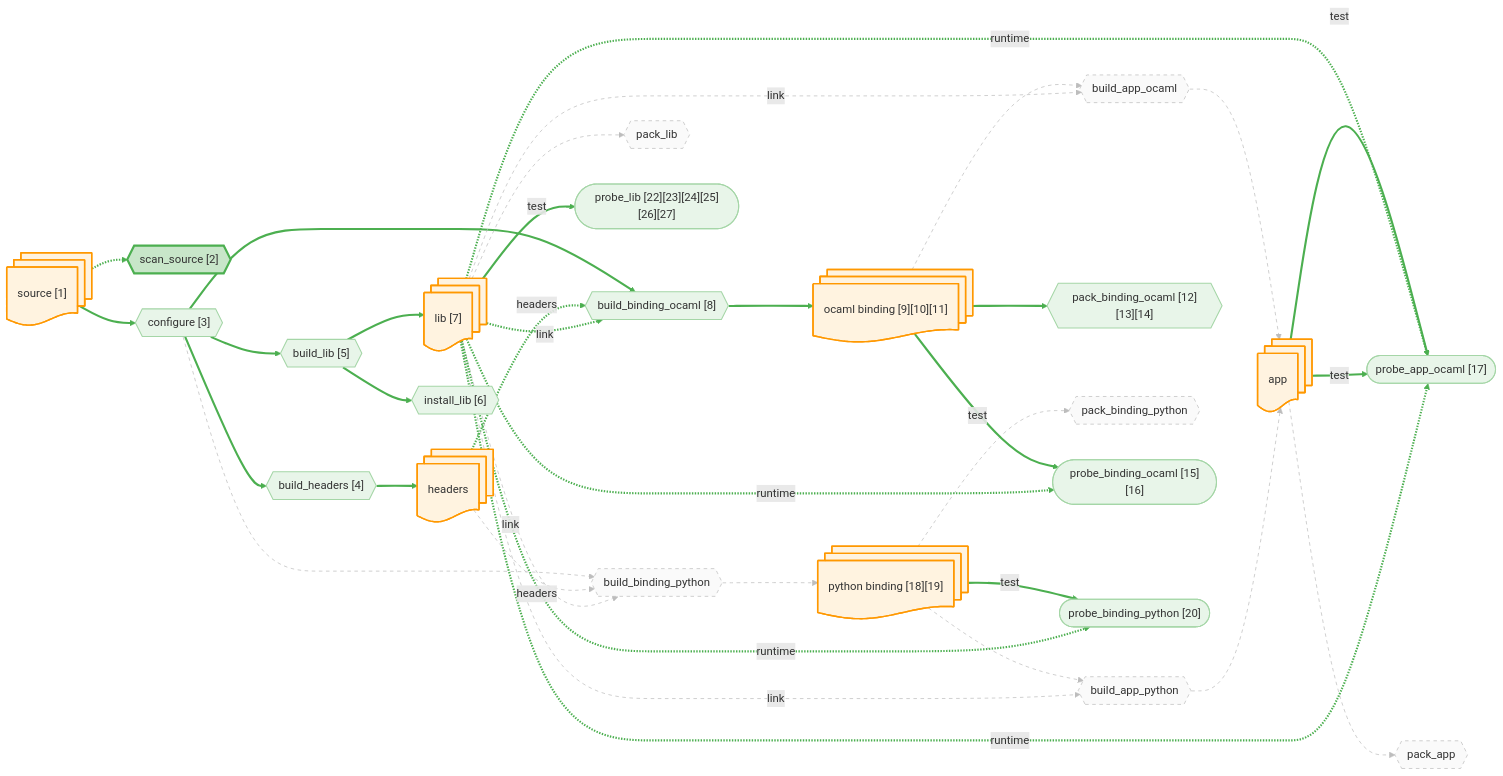
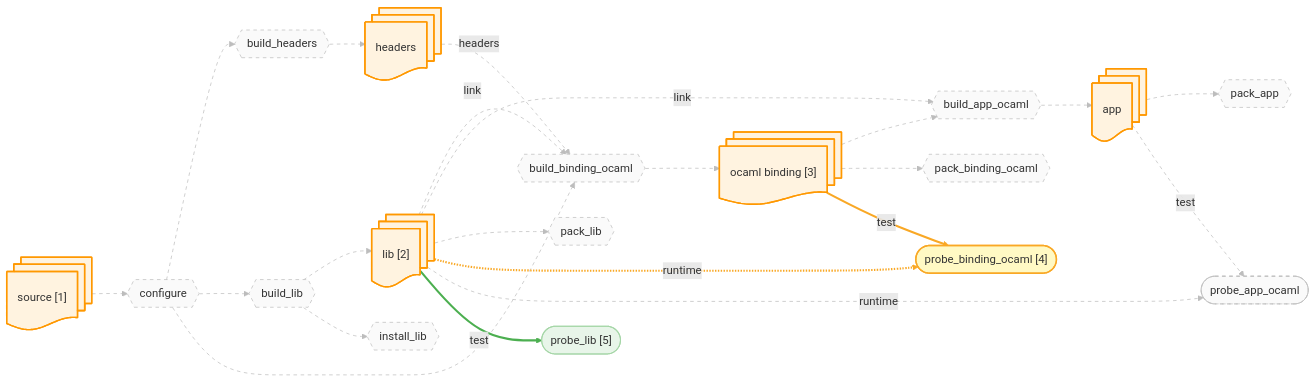
One commit to JHU-PL-Lab/tola changed the diagram in docs/canary/projects/llvm/-run/diagrams/source.mmd. Above: the diagram before and after it, drawn with Mermaid. The commit also changed 941 other files, not shown here.

```diff
--- a/docs/canary/projects/llvm/-run/diagrams/source.mmd
+++ b/docs/canary/projects/llvm/-run/diagrams/source.mmd
@@ -1,124 +1,85 @@
 %% view: source
 graph LR
     source_node@{ shape: docs, label: "source [1]" }
     headers_node@{ shape: docs, label: "headers" }
-    lib_node@{ shape: docs, label: "lib [7]" }
+    lib_node@{ shape: docs, label: "lib [2]" }
     app_node@{ shape: docs, label: "app" }
-    ocaml_binding_node@{ shape: docs, label: "ocaml binding [9][10][11]" }
-    python_binding_node@{ shape: docs, label: "python binding [18][19]" }
+    ocaml_binding_node@{ shape: docs, label: "ocaml binding [3]" }
 
-    A_scan_source{{"scan_source [2]"}}
-    A_configure{{"configure [3]"}}
-    A_build_headers{{"build_headers [4]"}}
-    A_build_lib{{"build_lib [5]"}}
-    A_build_binding_ocaml{{"build_binding_ocaml [8]"}}
+    A_configure{{"configure"}}
+    A_build_headers{{"build_headers"}}
+    A_build_lib{{"build_lib"}}
+    A_build_binding_ocaml{{"build_binding_ocaml"}}
     A_build_app_ocaml{{"build_app_ocaml"}}
-    A_build_binding_python{{"build_binding_python"}}
-    A_build_app_python{{"build_app_python"}}
-    A_install_lib{{"install_lib [6]"}}
-    A_pack_binding_ocaml{{"pack_binding_ocaml [12][13][14]"}}
-    A_pack_binding_python{{"pack_binding_python"}}
+    A_install_lib{{"install_lib"}}
+    A_pack_binding_ocaml{{"pack_binding_ocaml"}}
     A_pack_lib{{"pack_lib"}}
     A_pack_app{{"pack_app"}}
-    A_probe_binding_ocaml(["probe_binding_ocaml [15][16]"])
-    A_probe_app_ocaml(["probe_app_ocaml [17]"])
-    A_probe_binding_python(["probe_binding_python [20]"])
-    A_probe_app_ocaml(["probe_app_ocaml [17]"])
-    A_probe_lib(["probe_lib [22][23][24][25][26][27]"])
+    A_probe_binding_ocaml(["probe_binding_ocaml [4]"])
+    A_probe_app_ocaml(["probe_app_ocaml"])
+    A_probe_lib(["probe_lib [5]"])
 
-    source_node -.-> A_scan_source
     source_node --> A_configure
     A_configure --> A_build_headers
     A_build_headers --> headers_node
     A_configure --> A_build_lib
     A_build_lib --> lib_node
     A_configure --> A_build_binding_ocaml
     headers_node -.->|headers| A_build_binding_ocaml
     lib_node -.->|link| A_build_binding_ocaml
     A_build_binding_ocaml --> ocaml_binding_node
     ocaml_binding_node --> A_build_app_ocaml
     lib_node -.->|link| A_build_app_ocaml
     A_build_app_ocaml --> app_node
-    A_configure --> A_build_binding_python
-    headers_node -.->|headers| A_build_binding_python
-    lib_node -.->|link| A_build_binding_python
-    A_build_binding_python --> python_binding_node
-    python_binding_node --> A_build_app_python
-    lib_node -.->|link| A_build_app_python
-    A_build_app_python --> app_node
     A_build_lib --> A_install_lib
     ocaml_binding_node --> A_pack_binding_ocaml
-    python_binding_node --> A_pack_binding_python
     lib_node --> A_pack_lib
     app_node --> A_pack_app
     ocaml_binding_node -->|test| A_probe_binding_ocaml
     lib_node -.->|runtime| A_probe_binding_ocaml
-    app_node -->|test| A_probe_app_ocaml
-    lib_node -.->|runtime| A_probe_app_ocaml
-    python_binding_node -->|test| A_probe_binding_python
-    lib_node -.->|runtime| A_probe_binding_python
     app_node -->|test| A_probe_app_ocaml
     lib_node -.->|runtime| A_probe_app_ocaml
     lib_node -->|test| A_probe_lib
 
     classDef artifact fill:#fff3e0,stroke:#ff9800,stroke-width:2px
     classDef action fill:#f3e5f5,stroke:#9c27b0,stroke-width:2px
     classDef st_done fill:#c8e6c9,stroke:#4caf50,stroke-width:3px
     classDef st_done_ctx fill:#e8f5e9,stroke:#a5d6a7,stroke-width:1.5px
     classDef st_expected_fail fill:#fff9c4,stroke:#f9a825,stroke-width:2px
     classDef st_failed fill:#ffcdd2,stroke:#c62828,stroke-width:2px
     classDef st_skipped fill:#f5f5f5,stroke:#9e9e9e,stroke-dasharray:5
     classDef st_nospec fill:#fafafa,stroke:#bdbdbd,stroke-dasharray:5
-    class source_node,headers_node,lib_node,app_node,ocaml_binding_node,python_binding_node artifact
-    class A_scan_source st_done
-    class A_configure st_done_ctx
-    class A_build_headers st_done_ctx
-    class A_build_lib st_done_ctx
-    class A_build_binding_ocaml st_done_ctx
+    class source_node,headers_node,lib_node,app_node,ocaml_binding_node artifact
+    class A_configure st_nospec
+    class A_build_headers st_nospec
+    class A_build_lib st_nospec
+    class A_build_binding_ocaml st_nospec
     class A_build_app_ocaml st_nospec
-    class A_build_binding_python st_nospec
-    class A_build_app_python st_nospec
-    class A_install_lib st_done_ctx
-    class A_pack_binding_ocaml st_done_ctx
-    class A_pack_binding_python st_nospec
+    class A_install_lib st_nospec
+    class A_pack_binding_ocaml st_nospec
     class A_pack_lib st_nospec
     class A_pack_app st_nospec
-    class A_probe_binding_ocaml st_done_ctx
-    class A_probe_app_ocaml st_done_ctx
-    class A_probe_binding_python st_done_ctx
-    class A_probe_app_ocaml st_done_ctx
+    class A_probe_binding_ocaml st_expected_fail
+    class A_probe_app_ocaml st_nospec
     class A_probe_lib st_done_ctx
-    linkStyle 0 stroke:#4caf50,stroke-width:3px
-    linkStyle 1 stroke:#4caf50,stroke-width:3px
-    linkStyle 2 stroke:#4caf50,stroke-width:3px
-    linkStyle 3 stroke:#4caf50,stroke-width:3px
-    linkStyle 4 stroke:#4caf50,stroke-width:3px
-    linkStyle 5 stroke:#4caf50,stroke-width:3px
-    linkStyle 6 stroke:#4caf50,stroke-width:3px
-    linkStyle 7 stroke:#4caf50,stroke-width:3px
-    linkStyle 8 stroke:#4caf50,stroke-width:3px
-    linkStyle 9 stroke:#4caf50,stroke-width:3px
+    linkStyle 0 stroke:#bdbdbd,stroke-width:1px,stroke-dasharray:5
+    linkStyle 1 stroke:#bdbdbd,stroke-width:1px,stroke-dasharray:5
+    linkStyle 2 stroke:#bdbdbd,stroke-width:1px,stroke-dasharray:5
+    linkStyle 3 stroke:#bdbdbd,stroke-width:1px,stroke-dasharray:5
+    linkStyle 4 stroke:#bdbdbd,stroke-width:1px,stroke-dasharray:5
+    linkStyle 5 stroke:#bdbdbd,stroke-width:1px,stroke-dasharray:5
+    linkStyle 6 stroke:#bdbdbd,stroke-width:1px,stroke-dasharray:5
+    linkStyle 7 stroke:#bdbdbd,stroke-width:1px,stroke-dasharray:5
+    linkStyle 8 stroke:#bdbdbd,stroke-width:1px,stroke-dasharray:5
+    linkStyle 9 stroke:#bdbdbd,stroke-width:1px,stroke-dasharray:5
     linkStyle 10 stroke:#bdbdbd,stroke-width:1px,stroke-dasharray:5
     linkStyle 11 stroke:#bdbdbd,stroke-width:1px,stroke-dasharray:5
     linkStyle 12 stroke:#bdbdbd,stroke-width:1px,stroke-dasharray:5
     linkStyle 13 stroke:#bdbdbd,stroke-width:1px,stroke-dasharray:5
     linkStyle 14 stroke:#bdbdbd,stroke-width:1px,stroke-dasharray:5
     linkStyle 15 stroke:#bdbdbd,stroke-width:1px,stroke-dasharray:5
-    linkStyle 16 stroke:#bdbdbd,stroke-width:1px,stroke-dasharray:5
-    linkStyle 17 stroke:#bdbdbd,stroke-width:1px,stroke-dasharray:5
+    linkStyle 16 stroke:#f9a825,stroke-width:3px
+    linkStyle 17 stroke:#f9a825,stroke-width:3px
     linkStyle 18 stroke:#bdbdbd,stroke-width:1px,stroke-dasharray:5
     linkStyle 19 stroke:#bdbdbd,stroke-width:1px,stroke-dasharray:5
     linkStyle 20 stroke:#4caf50,stroke-width:3px
-    linkStyle 21 stroke:#4caf50,stroke-width:3px
-    linkStyle 22 stroke:#bdbdbd,stroke-width:1px,stroke-dasharray:5
-    linkStyle 23 stroke:#bdbdbd,stroke-width:1px,stroke-dasharray:5
-    linkStyle 24 stroke:#bdbdbd,stroke-width:1px,stroke-dasharray:5
-    linkStyle 25 stroke:#4caf50,stroke-width:3px
-    linkStyle 26 stroke:#4caf50,stroke-width:3px
-    linkStyle 27 stroke:#4caf50,stroke-width:3px
-    linkStyle 28 stroke:#4caf50,stroke-width:3px
-    linkStyle 29 stroke:#4caf50,stroke-width:3px
-    linkStyle 30 stroke:#4caf50,stroke-width:3px
-    linkStyle 31 stroke:#4caf50,stroke-width:3px
-    linkStyle 32 stroke:#4caf50,stroke-width:3px
-    linkStyle 33 stroke:#4caf50,stroke-width:3px
```
